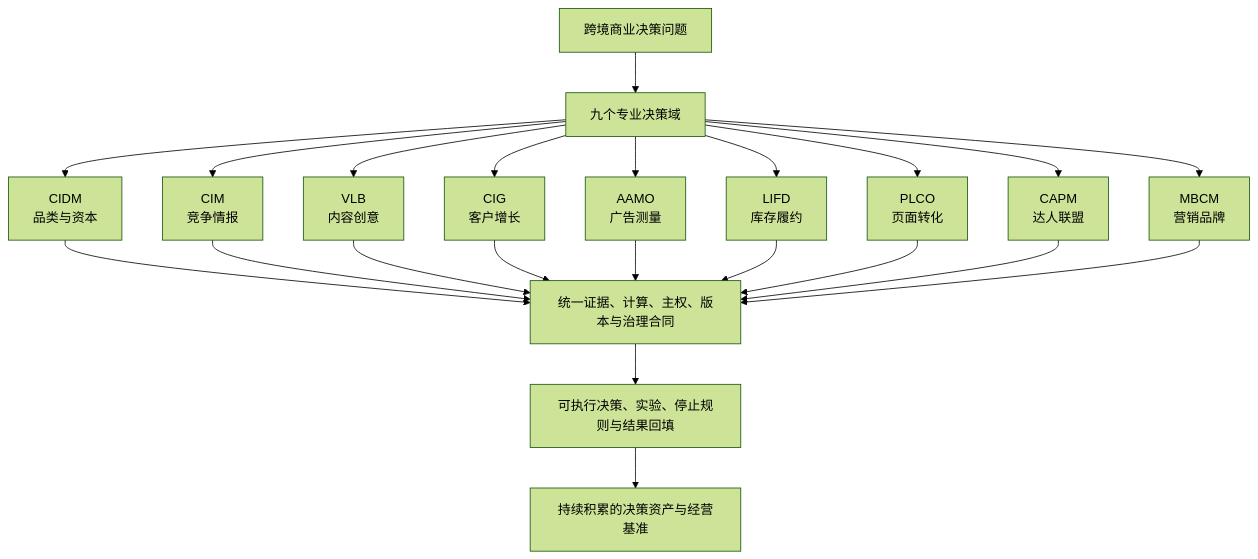
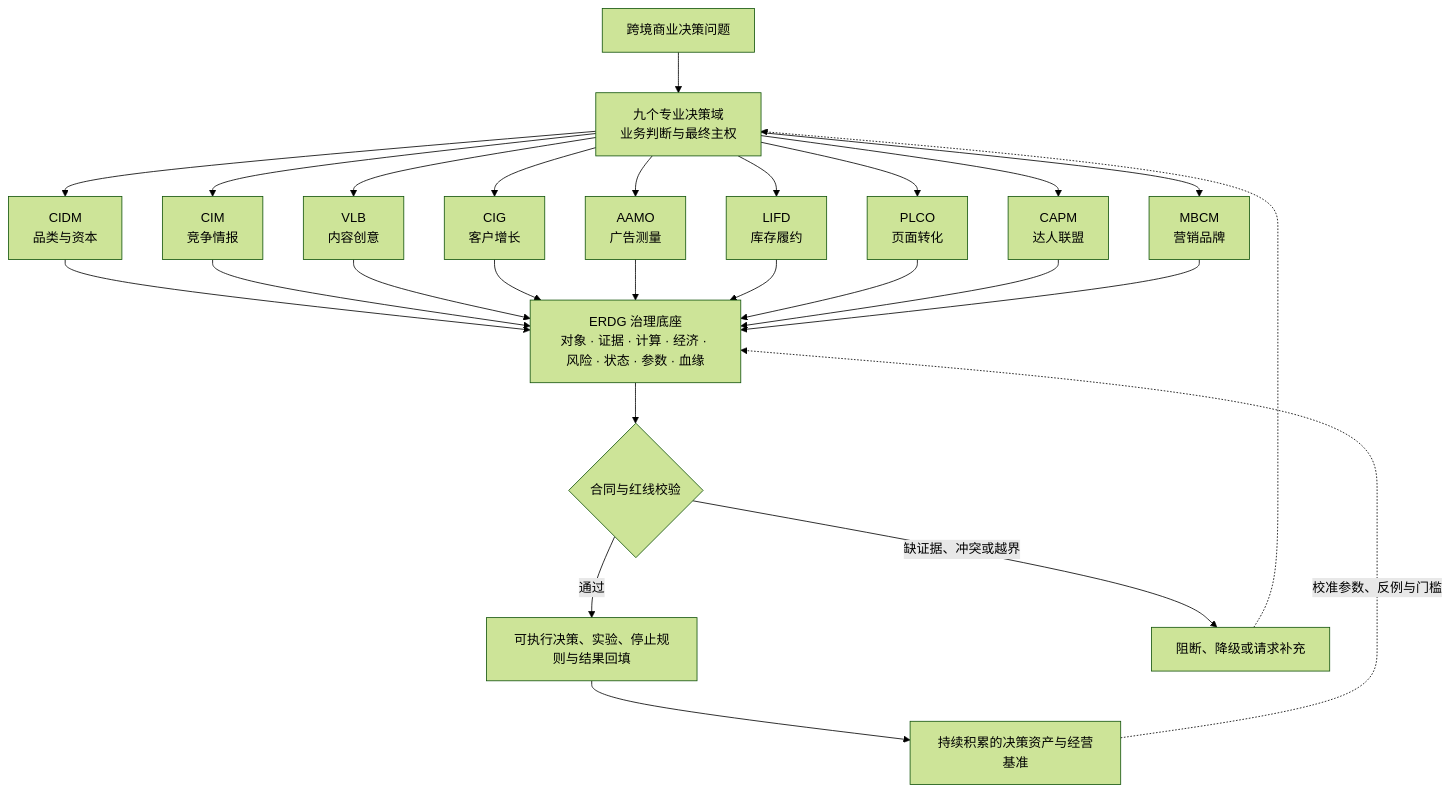
The first of 2 diagrams in README.md (saye-chen/CrossBorder-Decision-Lab), drawn with Mermaid (forest theme) before and after one commit. The commit also changed other lines of this file and 2 other files, not shown here.

Commit message:
Show ERDG in homepage architecture

````diff
--- a/README.md
+++ b/README.md
@@ -71,18 +71,22 @@
 ```mermaid
 flowchart TB
-    U["跨境商业决策问题"] --> D["九个专业决策域"]
+    U["跨境商业决策问题"] --> D["九个专业决策域<br/>业务判断与最终主权"]
 
     D --> CIDM["CIDM<br/>品类与资本"]
     D --> CIM["CIM<br/>竞争情报"]
     D --> VLB["VLB<br/>内容创意"]
     D --> CIG["CIG<br/>客户增长"]
     D --> AAMO["AAMO<br/>广告测量"]
     D --> LIFD["LIFD<br/>库存履约"]
     D --> PLCO["PLCO<br/>页面转化"]
     D --> CAPM["CAPM<br/>达人联盟"]
     D --> MBCM["MBCM<br/>营销品牌"]
 
-    CIDM & CIM & VLB & CIG & AAMO & LIFD & PLCO & CAPM & MBCM --> E["统一证据、计算、主权、版本与治理合同"]
-    E --> O["可执行决策、实验、停止规则与结果回填"]
+    CIDM & CIM & VLB & CIG & AAMO & LIFD & PLCO & CAPM & MBCM --> E["ERDG 治理底座<br/>对象 · 证据 · 计算 · 经济 · 风险 · 状态 · 参数 · 血缘"]
+    E --> G{"合同与红线校验"}
+    G -->|"通过"| O["可执行决策、实验、停止规则与结果回填"]
+    G -->|"缺证据、冲突或越界"| B["阻断、降级或请求补充"]
+    B -.-> D
     O --> A["持续积累的决策资产与经营基准"]
+    A -.->|"校准参数、反例与门槛"| E
 ```
````
